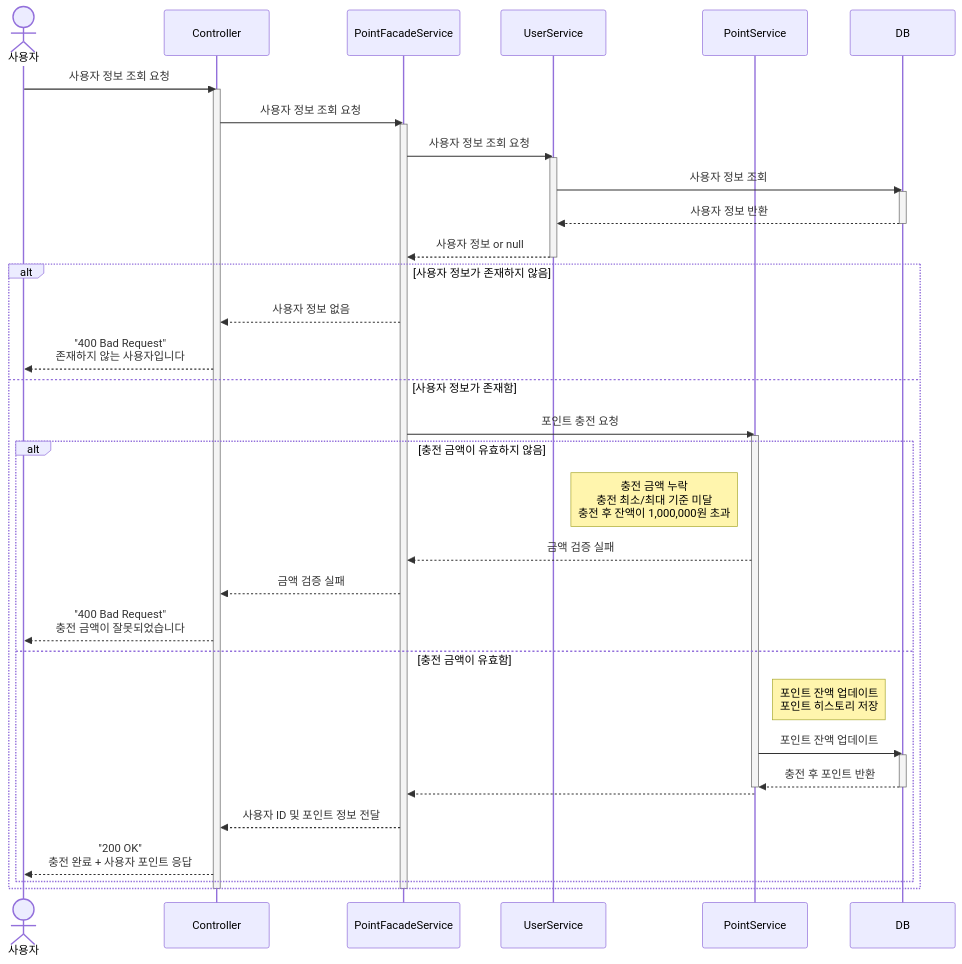
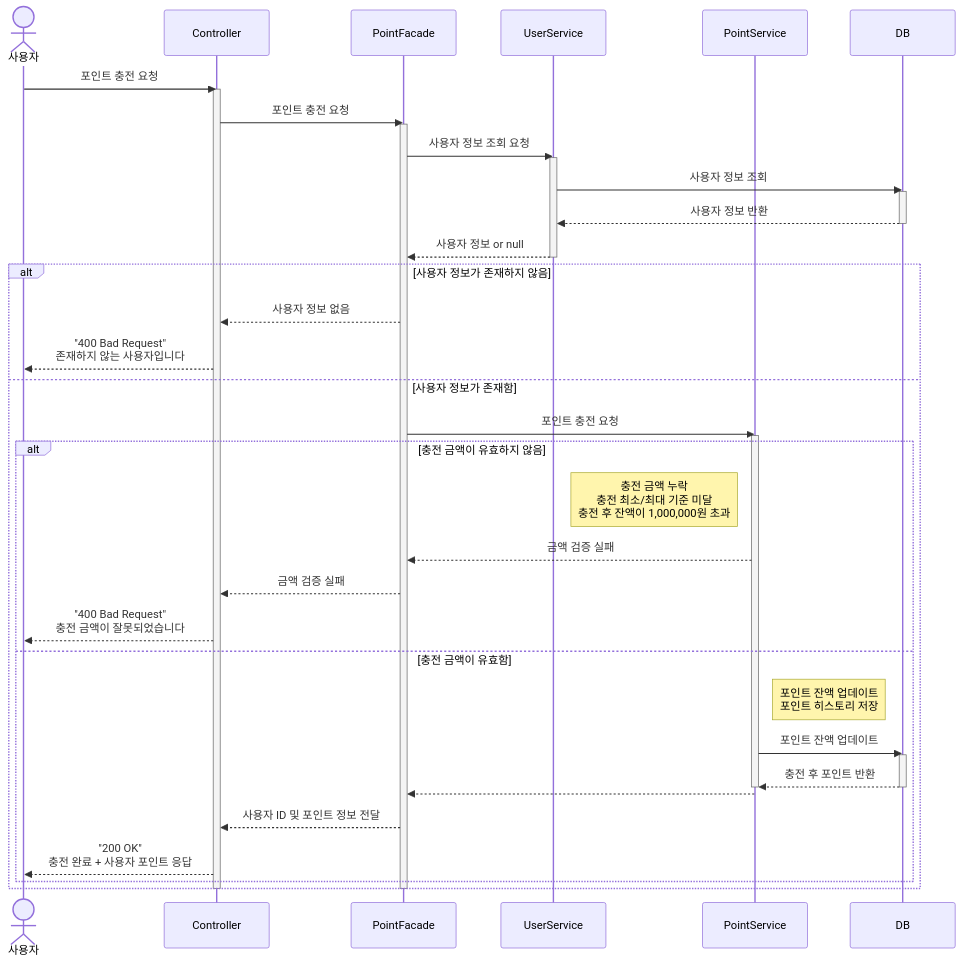
One commit to maengjjin/hhplus-service changed the second of 8 diagrams in docs/SequenceDiagram.md. Above: the diagram before and after it, drawn with Mermaid. The commit also changed other lines of this file and 1 other file, not shown here.

Commit message:
- 다이어그램 수정

````diff
--- a/docs/SequenceDiagram.md
+++ b/docs/SequenceDiagram.md
@@ -56,56 +40,56 @@
 ```mermaid
 sequenceDiagram
     actor User as 사용자
     participant Controller
-    participant PointFacadeService
+    participant PointFacade
     participant UserService
     participant PointService
     participant DB
 
 
-    User ->> Controller: 사용자 정보 조회 요청
+    User ->> Controller: 포인트 충전 요청
     activate Controller
 
-    Controller ->> PointFacadeService: 사용자 정보 조회 요청
-    activate PointFacadeService
+    Controller ->> PointFacade: 포인트 충전 요청
+    activate PointFacade
 
-    PointFacadeService ->> UserService: 사용자 정보 조회 요청
+    PointFacade ->> UserService: 사용자 정보 조회 요청
     activate UserService
 
     UserService ->> DB: 사용자 정보 조회
     activate DB
     DB -->> UserService: 사용자 정보 반환
     deactivate DB
 
-    UserService -->> PointFacadeService: 사용자 정보 or null
+    UserService -->> PointFacade: 사용자 정보 or null
     deactivate UserService
 
     alt 사용자 정보가 존재하지 않음
-        PointFacadeService -->> Controller: 사용자 정보 없음
+        PointFacade -->> Controller: 사용자 정보 없음
         Controller -->> User: "400 Bad Request"<br>존재하지 않는 사용자입니다
     else 사용자 정보가 존재함
-        PointFacadeService ->> PointService: 포인트 충전 요청
+        PointFacade ->> PointService: 포인트 충전 요청
         activate PointService
         alt 충전 금액이 유효하지 않음
             Note left of PointService: 충전 금액 누락<br>충전 최소/최대 기준 미달<br>충전 후 잔액이 1,000,000원 초과
-            PointService -->> PointFacadeService: 금액 검증 실패
-            PointFacadeService -->> Controller: 금액 검증 실패
+            PointService -->> PointFacade: 금액 검증 실패
+            PointFacade -->> Controller: 금액 검증 실패
             Controller -->> User: "400 Bad Request"<br>충전 금액이 잘못되었습니다
         else 충전 금액이 유효함
             Note left of DB: 포인트 잔액 업데이트<br>포인트 히스토리 저장
             PointService ->> DB: 포인트 잔액 업데이트
             activate DB
             DB -->> PointService: 충전 후 포인트 반환
             deactivate DB
             deactivate PointService
             
-            PointService -->> PointFacadeService: 
+            PointService -->> PointFacade: 
 
-            PointFacadeService -->> Controller: 사용자 ID 및 포인트 정보 전달
+            PointFacade -->> Controller: 사용자 ID 및 포인트 정보 전달
             Controller -->> User: "200 OK"<br>충전 완료 + 사용자 포인트 응답
         end
     end
 
-    deactivate PointFacadeService
+    deactivate PointFacade
     deactivate Controller
 ```
````
